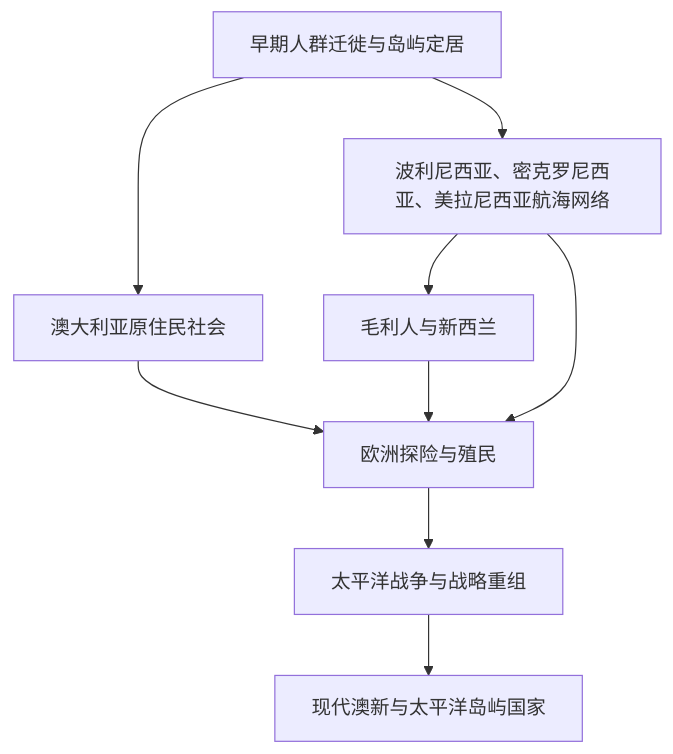
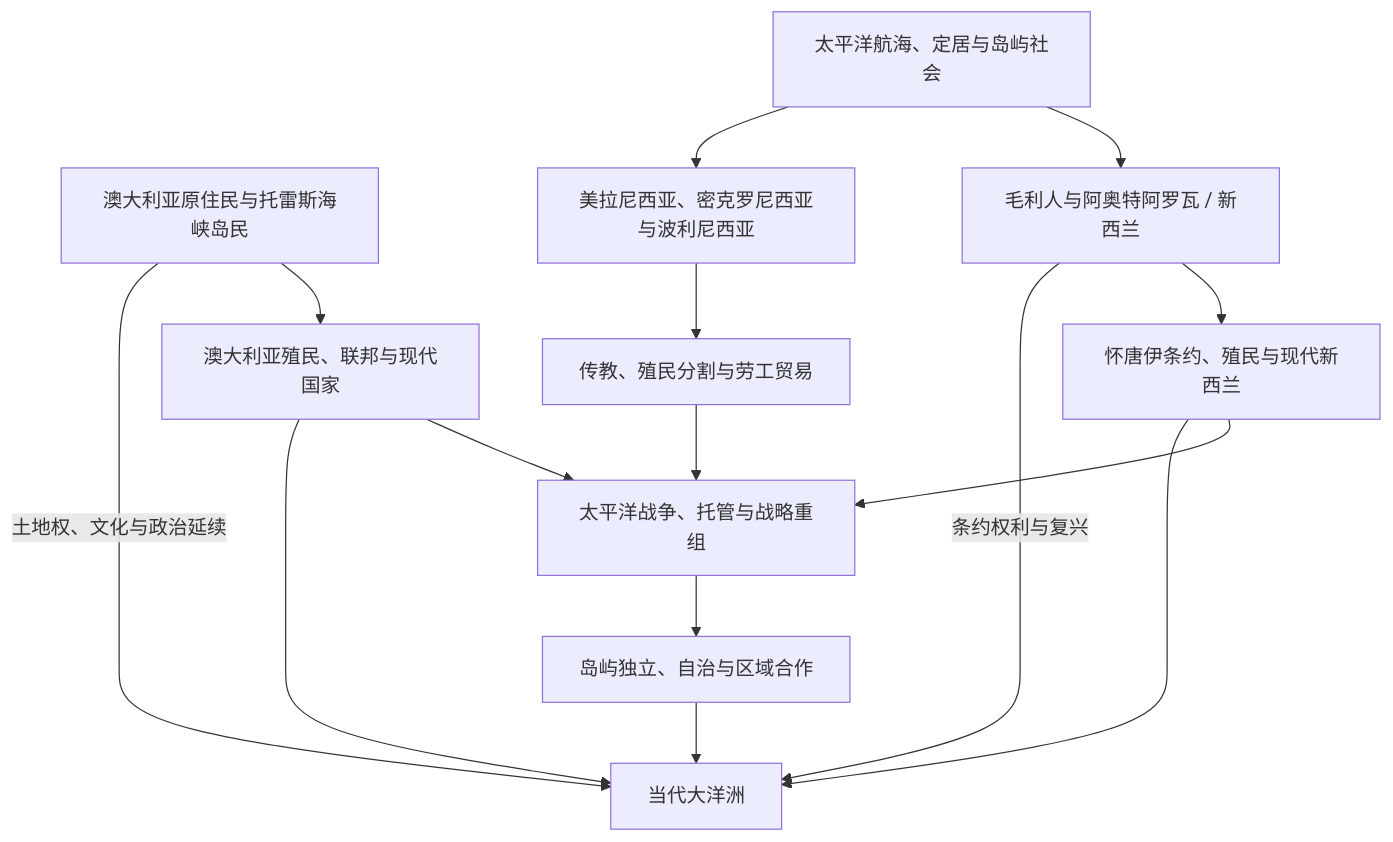
Before and after one commit to tianlan-dev/learning-notes: the diagram in 人文科学/历史/大洋洲/README.md, drawn with Mermaid. The commit also changed other lines of this file and 18 other files, not shown here.

````diff
--- a/人文科学/历史/大洋洲/README.md
+++ b/人文科学/历史/大洋洲/README.md
@@ -14,11 +13,17 @@
 ```mermaid
 flowchart TD
-    Settlement["早期人群迁徙与岛屿定居"] --> Australia["澳大利亚原住民社会"]
-    Settlement --> Polynesia["波利尼西亚、密克罗尼西亚、美拉尼西亚航海网络"]
-    Polynesia --> Maori["毛利人与新西兰"]
-    Australia --> Colonial["欧洲探险与殖民"]
-    Maori --> Colonial
-    Polynesia --> Colonial
-    Colonial --> PacificWar["太平洋战争与战略重组"]
-    PacificWar --> Modern["现代澳新与太平洋岛屿国家"]
+    FirstPeoples["澳大利亚原住民与托雷斯海峡岛民"] --> Australia["澳大利亚殖民、联邦与现代国家"]
+    PacificSettlement["太平洋航海、定居与岛屿社会"] --> Maori["毛利人与阿奥特阿罗瓦 / 新西兰"]
+    PacificSettlement --> IslandGroups["美拉尼西亚、密克罗尼西亚与波利尼西亚"]
+    Maori --> NZ["怀唐伊条约、殖民与现代新西兰"]
+    IslandGroups --> Colonial["传教、殖民分割与劳工贸易"]
+    Australia --> PacificWar["太平洋战争、托管与战略重组"]
+    NZ --> PacificWar
+    Colonial --> PacificWar
+    PacificWar --> Independence["岛屿独立、自治与区域合作"]
+    FirstPeoples -->|土地权、文化与政治延续| Modern["当代大洋洲"]
+    Maori -->|条约权利与复兴| Modern
+    Independence --> Modern
+    Australia --> Modern
+    NZ --> Modern
 ```
````
